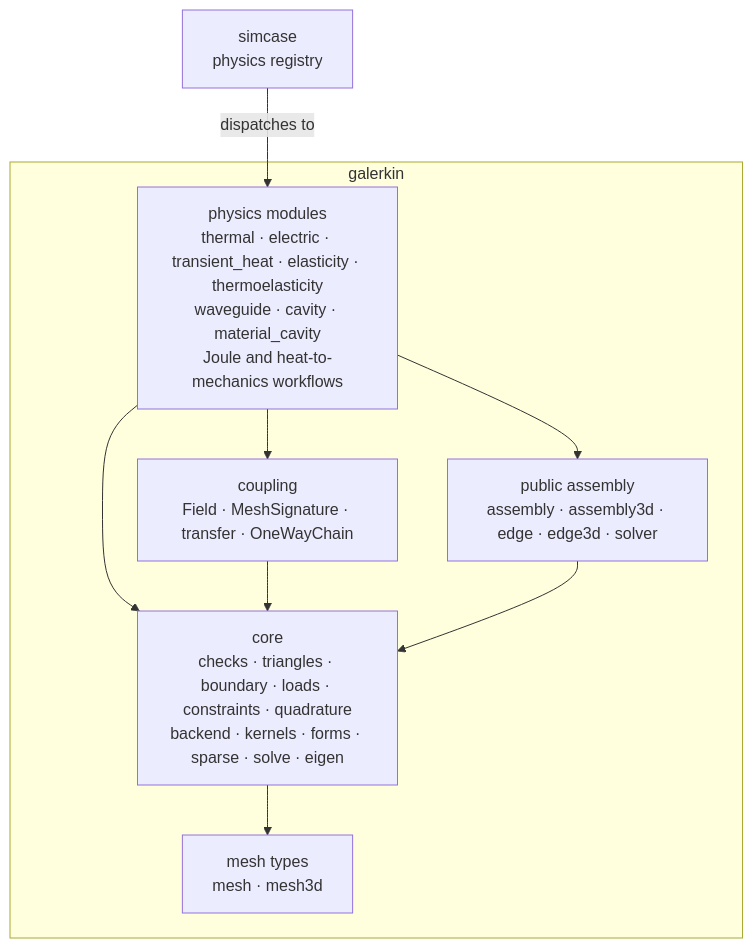
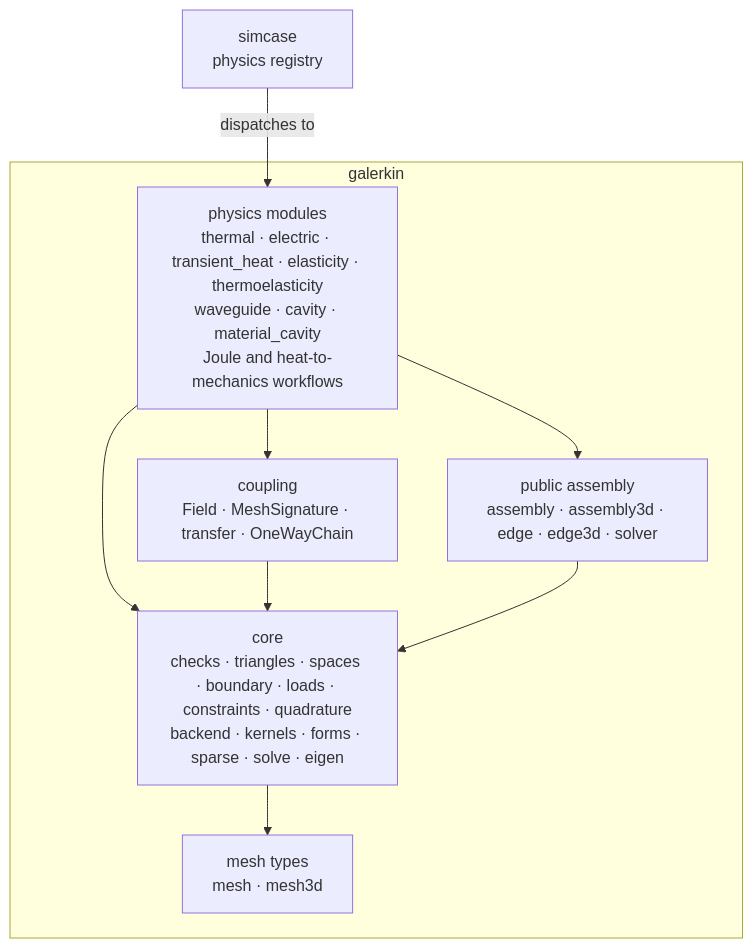
Before and after one commit to fieldalgo/openphysics: the second of 2 diagrams in docs/architecture.md, drawn with Mermaid. The commit also changed other lines of this file and 11 other files, not shown here.

````diff
--- a/docs/architecture.md
+++ b/docs/architecture.md
@@ -112,18 +112,18 @@
 ```mermaid
 flowchart TB
     Sim["simcase<br/>physics registry"]
     subgraph G["galerkin"]
         Phys["physics modules<br/>thermal · electric · transient_heat · elasticity · thermoelasticity<br/>waveguide · cavity · material_cavity<br/>Joule and heat-to-mechanics workflows"]
         Coup["coupling<br/>Field · MeshSignature · transfer · OneWayChain"]
-        Core["core<br/>checks · triangles · boundary · loads · constraints · quadrature<br/>backend · kernels · forms · sparse · solve · eigen"]
+        Core["core<br/>checks · triangles · spaces · boundary · loads · constraints · quadrature<br/>backend · kernels · forms · sparse · solve · eigen"]
         Pub["public assembly<br/>assembly · assembly3d · edge · edge3d · solver"]
         Base["mesh types<br/>mesh · mesh3d"]
     end
     Sim -->|dispatches to| Phys
     Phys --> Coup
     Phys --> Core
     Phys --> Pub
     Coup --> Core
     Pub --> Core
     Core --> Base
 ```
````
